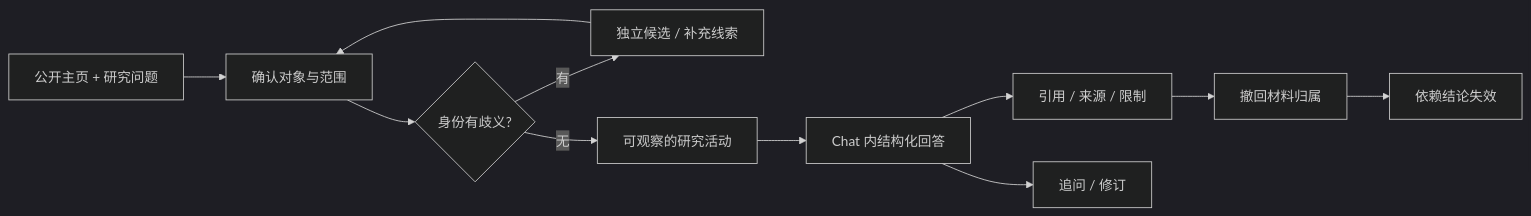
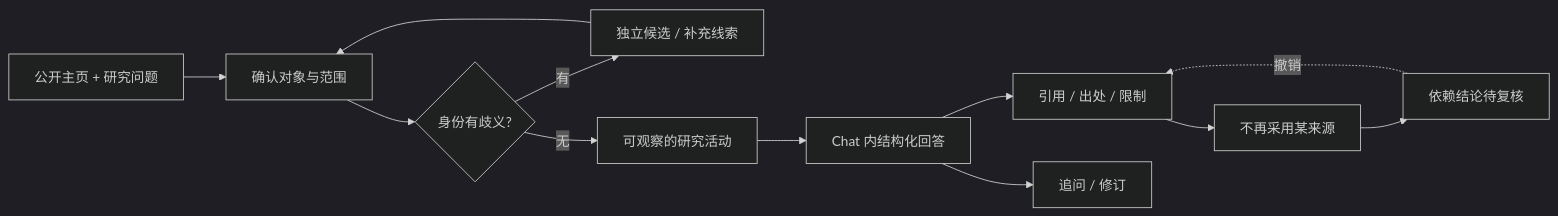
The diagram in docs/web-design.md (cubxxw/StripSearch), drawn with Mermaid (dark theme) before and after one commit. The commit also changed other lines of this file and 7 other files, not shown here.

````diff
--- a/docs/web-design.md
+++ b/docs/web-design.md
@@ -63,13 +58,14 @@
 ```mermaid
 flowchart LR
   A[公开主页 + 研究问题] --> B[确认对象与范围]
   B --> C{身份有歧义?}
   C -->|有| D[独立候选 / 补充线索]
   D --> B
   C -->|无| E[可观察的研究活动]
   E --> F[Chat 内结构化回答]
-  F --> G[引用 / 来源 / 限制]
+  F --> G[引用 / 出处 / 限制]
   F --> H[追问 / 修订]
-  G --> I[撤回材料归属]
-  I --> J[依赖结论失效]
+  G --> I[不再采用某来源]
+  I --> J[依赖结论待复核]
+  J -. 撤销 .-> G
 ```
````
